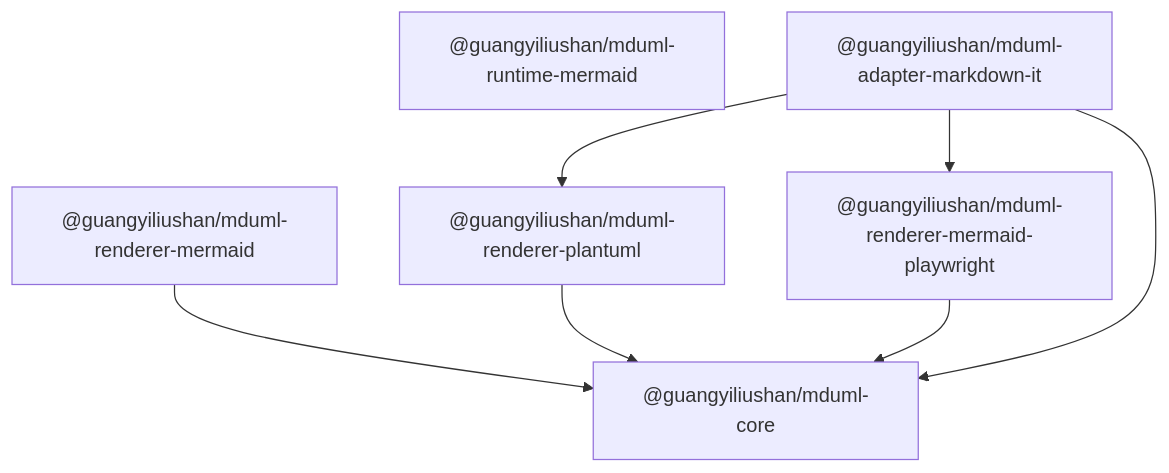
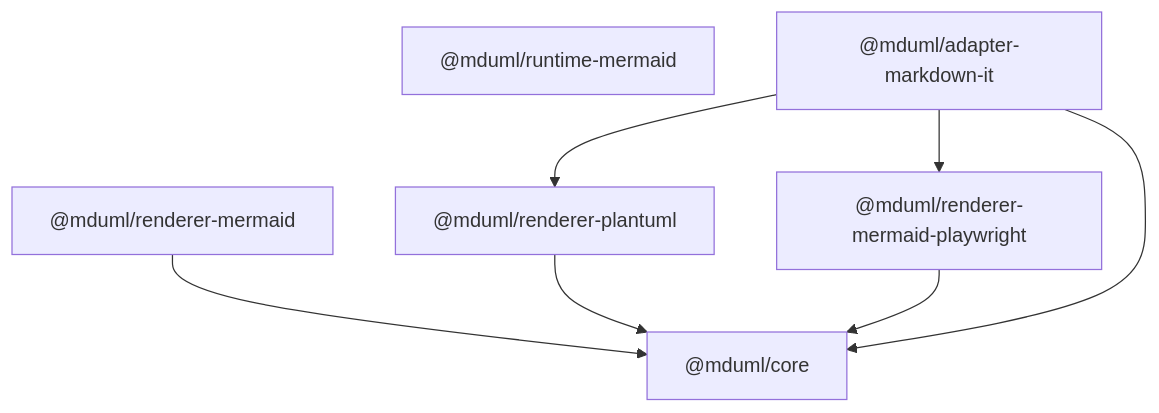
The diagram in README.md (guangyiliushan/mduml), drawn with Mermaid before and after one commit. The commit also changed other lines of this file and 42 other files, not shown here.

````diff
--- a/README.md
+++ b/README.md
@@ -76,16 +76,16 @@
 ```mermaid
 graph TD
-  core["@guangyiliushan/mduml-core"]
-  renderer_mermaid["@guangyiliushan/mduml-renderer-mermaid"]
-  renderer_plantuml["@guangyiliushan/mduml-renderer-plantuml"]
-  runtime_mermaid["@guangyiliushan/mduml-runtime-mermaid"]
-  renderer_mermaid_pw["@guangyiliushan/mduml-renderer-mermaid-playwright"]
-  adapter_mdit["@guangyiliushan/mduml-adapter-markdown-it"]
+  core["@mduml/core"]
+  renderer_mermaid["@mduml/renderer-mermaid"]
+  renderer_plantuml["@mduml/renderer-plantuml"]
+  runtime_mermaid["@mduml/runtime-mermaid"]
+  renderer_mermaid_pw["@mduml/renderer-mermaid-playwright"]
+  adapter_mdit["@mduml/adapter-markdown-it"]
 
   renderer_mermaid --> core
   renderer_plantuml --> core
   renderer_mermaid_pw --> core
   adapter_mdit --> core
   adapter_mdit --> renderer_plantuml
   adapter_mdit --> renderer_mermaid_pw
 ```
````
